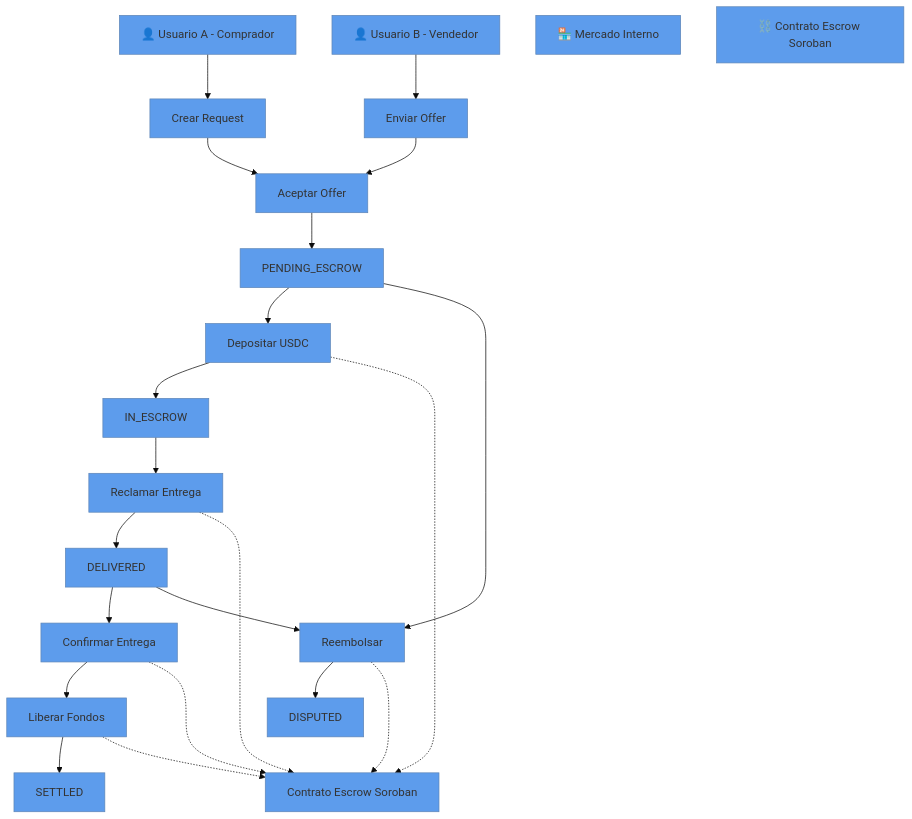
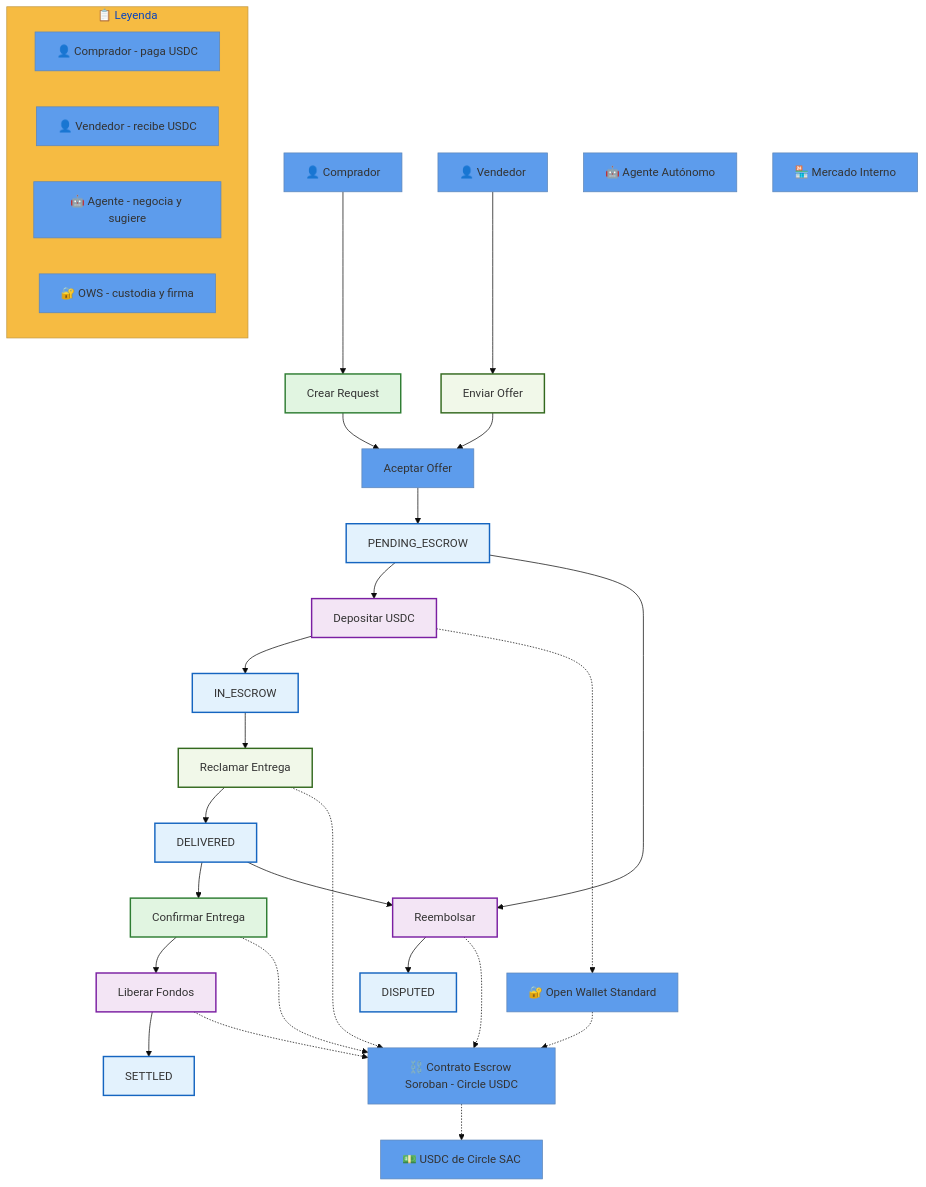
Before and after one commit to Re-Wallet/LabAGENT: the first of 2 diagrams in README.md, drawn with Mermaid. The commit also changed other lines of this file and 1 other file, not shown here.

First line of the commit message:
docs: actualizar README con misión, evolución, diagramas y transacciones reales

````diff
--- a/README.md
+++ b/README.md
@@ -181,35 +124,58 @@
 ```mermaid
 %%{init: {'theme': 'base', 'themeVariables': { 'primaryColor': '#5D9CEC', 'secondaryColor': '#48CFAD', 'tertiaryColor': '#F6BB42', 'fontFamily': 'Arial'}}}%%
 
 graph TD
-    UsuarioA[👤 Usuario A - Comprador]
-    UsuarioB[👤 Usuario B - Vendedor]
+    %% Actores
+    Comprador[👤 Comprador]
+    Vendedor[👤 Vendedor]
+    Agente[🤖 Agente Autónomo]
     Mercado[🏪 Mercado Interno]
-    Escrow[⛓️ Contrato Escrow Soroban]
+    OWS[🔐 Open Wallet Standard]
+    Escrow[⛓️ Contrato Escrow Soroban - Circle USDC]
+    USDC[💵 USDC de Circle SAC]
 
-    UsuarioA --> CrearRequest[Crear Request]
-    UsuarioB --> EnviarOffer[Enviar Offer]
+    %% Flujo de negocio
+    Comprador --> CrearRequest[Crear Request]:::buyer
+    Vendedor --> EnviarOffer[Enviar Offer]:::seller
     CrearRequest --> AceptarOffer[Aceptar Offer]
     EnviarOffer --> AceptarOffer
 
-    AceptarOffer --> PENDING_ESCROW[PENDING_ESCROW]
-    PENDING_ESCROW --> Depositar[Depositar USDC]
-    Depositar --> IN_ESCROW[IN_ESCROW]
+    AceptarOffer --> PENDING_ESCROW[PENDING_ESCROW]:::deal
+    PENDING_ESCROW --> Depositar[Depositar USDC]:::ows
+    Depositar --> IN_ESCROW[IN_ESCROW]:::deal
 
-    IN_ESCROW --> Reclamar[Reclamar Entrega]
-    Reclamar --> DELIVERED[DELIVERED]
+    IN_ESCROW --> Reclamar[Reclamar Entrega]:::seller
+    Reclamar --> DELIVERED[DELIVERED]:::deal
 
-    DELIVERED --> Confirmar[Confirmar Entrega]
-    Confirmar --> Liberar[Liberar Fondos]
-    Liberar --> SETTLED[SETTLED]
+    DELIVERED --> Confirmar[Confirmar Entrega]:::buyer
+    Confirmar --> Liberar[Liberar Fondos]:::ows
+    Liberar --> SETTLED[SETTLED]:::deal
 
-    PENDING_ESCROW --> Reembolsar[Reembolsar]
+    %% Rutas alternativas
+    PENDING_ESCROW --> Reembolsar[Reembolsar]:::ows
     DELIVERED --> Reembolsar
-    Reembolsar --> DISPUTED[DISPUTED]
+    Reembolsar --> DISPUTED[DISPUTED]:::deal
 
-    Depositar -.-> Contrato_Escrow[Contrato Escrow Soroban]
-    Reclamar -.-> Contrato_Escrow
-    Confirmar -.-> Contrato_Escrow
-    Liberar -.-> Contrato_Escrow
-    Reembolsar -.-> Contrato_Escrow
+    %% Conexiones con OWS y contratos
+    Depositar -.-> OWS
+    OWS -.-> Escrow
+    Reclamar -.-> Escrow
+    Confirmar -.-> Escrow
+    Liberar -.-> Escrow
+    Reembolsar -.-> Escrow
+    Escrow -.-> USDC
+
+    %% Estilos de nodo
+    classDef buyer fill:#e1f5e1,stroke:#2e7d32,stroke-width:2px;
+    classDef seller fill:#f1f8e9,stroke:#33691e,stroke-width:2px;
+    classDef deal fill:#e3f2fd,stroke:#1565c0,stroke-width:2px;
+    classDef ows fill:#f3e5f5,stroke:#7b1fa2,stroke-width:2px;
+
+    %% Leyenda
+    subgraph Leyenda["📋 Leyenda"]
+        L1[👤 Comprador - paga USDC]
+        L2[👤 Vendedor - recibe USDC]
+        L3[🤖 Agente - negocia y sugiere]
+        L4[🔐 OWS - custodia y firma]
+    end
 ```
````
